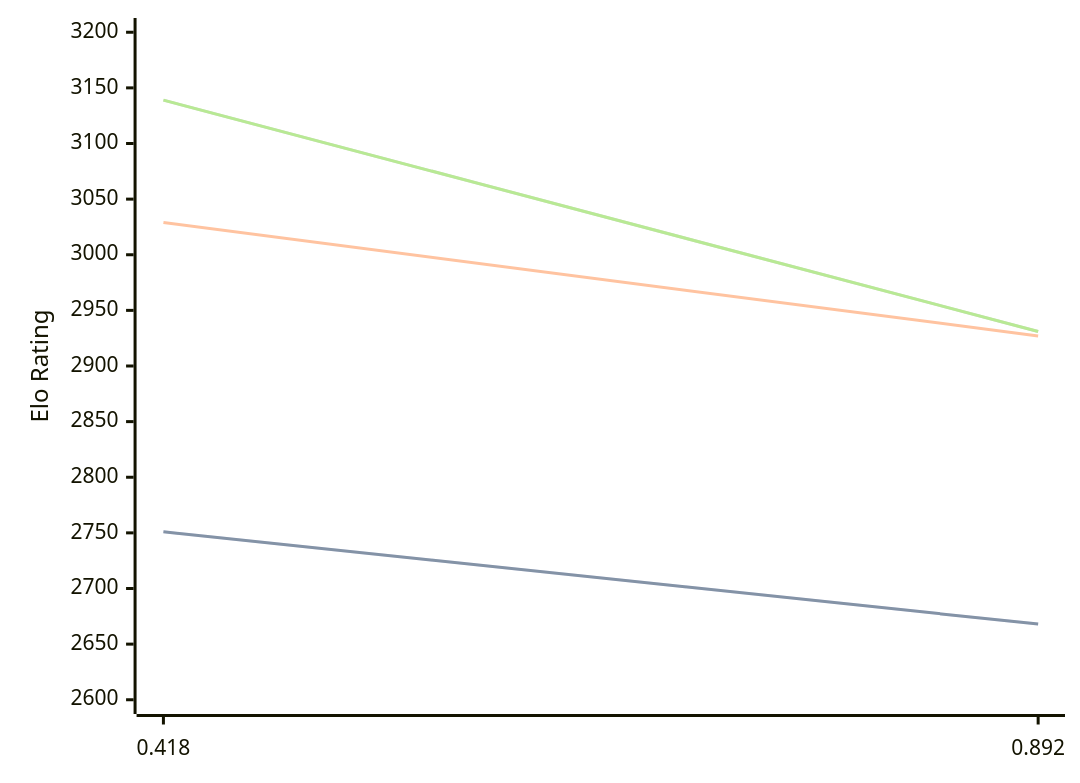
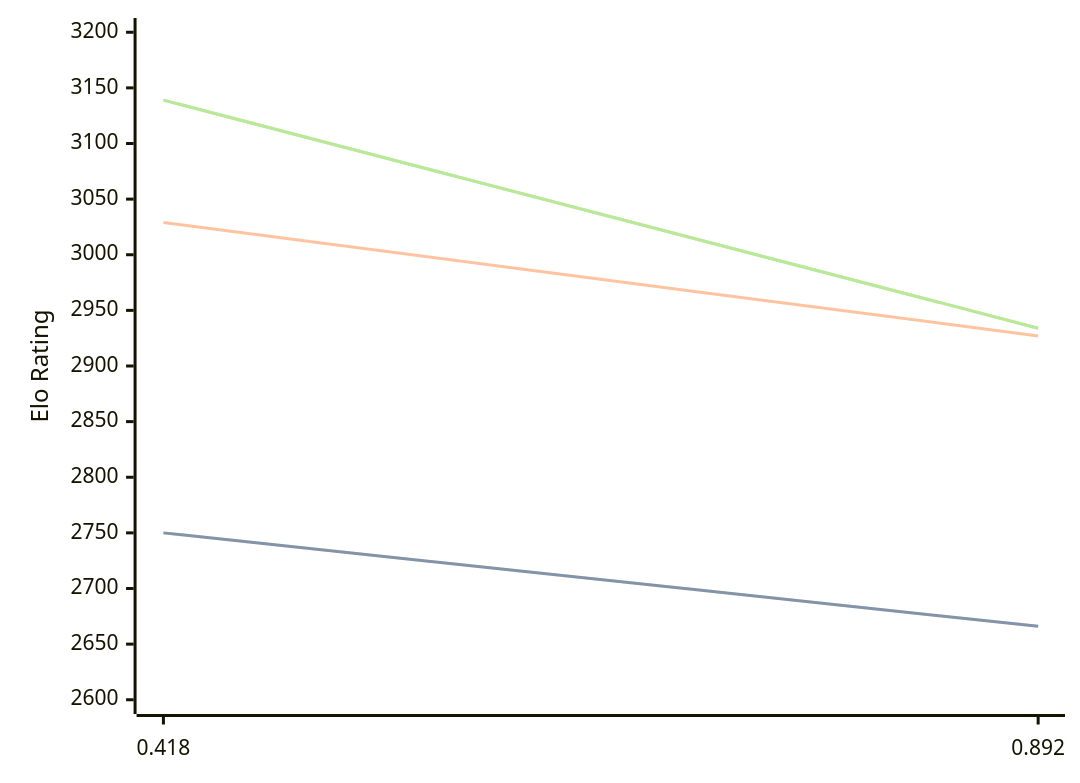
The diagram in engines/Malika.md (computer-chess-index/cci), drawn with Mermaid before and after one commit. The commit also changed other lines of this file, not shown here.

Commit message:
Update CCI Ratings (ELO VLTC) - 2026-03-18

````diff
--- a/engines/Malika.md
+++ b/engines/Malika.md
@@ -30,11 +30,11 @@
 ```mermaid
 %%{init: {"theme":"base","themeVariables":{"seriesColors:['#a3a3a3','#222221','#faa371']}}}%%
 xychart-beta
   x-axis ["0.418", "0.892"]
   y-axis "Elo Rating" 2600 --> 3200
-  line "STC (8.0+0.08s)" [2751, 2668]
-  line "STC (8.0+0.08s)" [2751, 2668]
+  line "STC (8.0+0.08s)" [2750, 2666]
+  line "STC (8.0+0.08s)" [2750, 2666]
   line "LTC (60.0+0.60s)" [3029, 2927]
-  line "VLTC (2m24s+1.12s)" [3139, 2931]
-  line "VLTC (2m24s+1.12s)" [3139, 2931]
+  line "VLTC (2m24s+1.12s)" [3139, 2934]
+  line "VLTC (2m24s+1.12s)" [3139, 2934]
 ```
````
